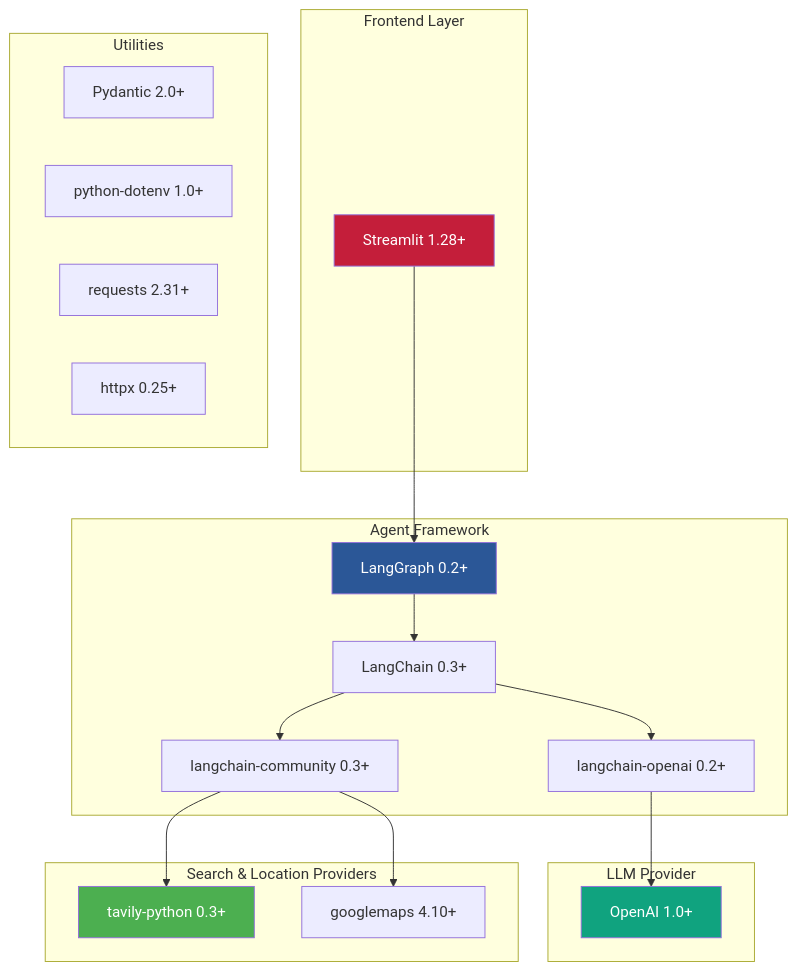
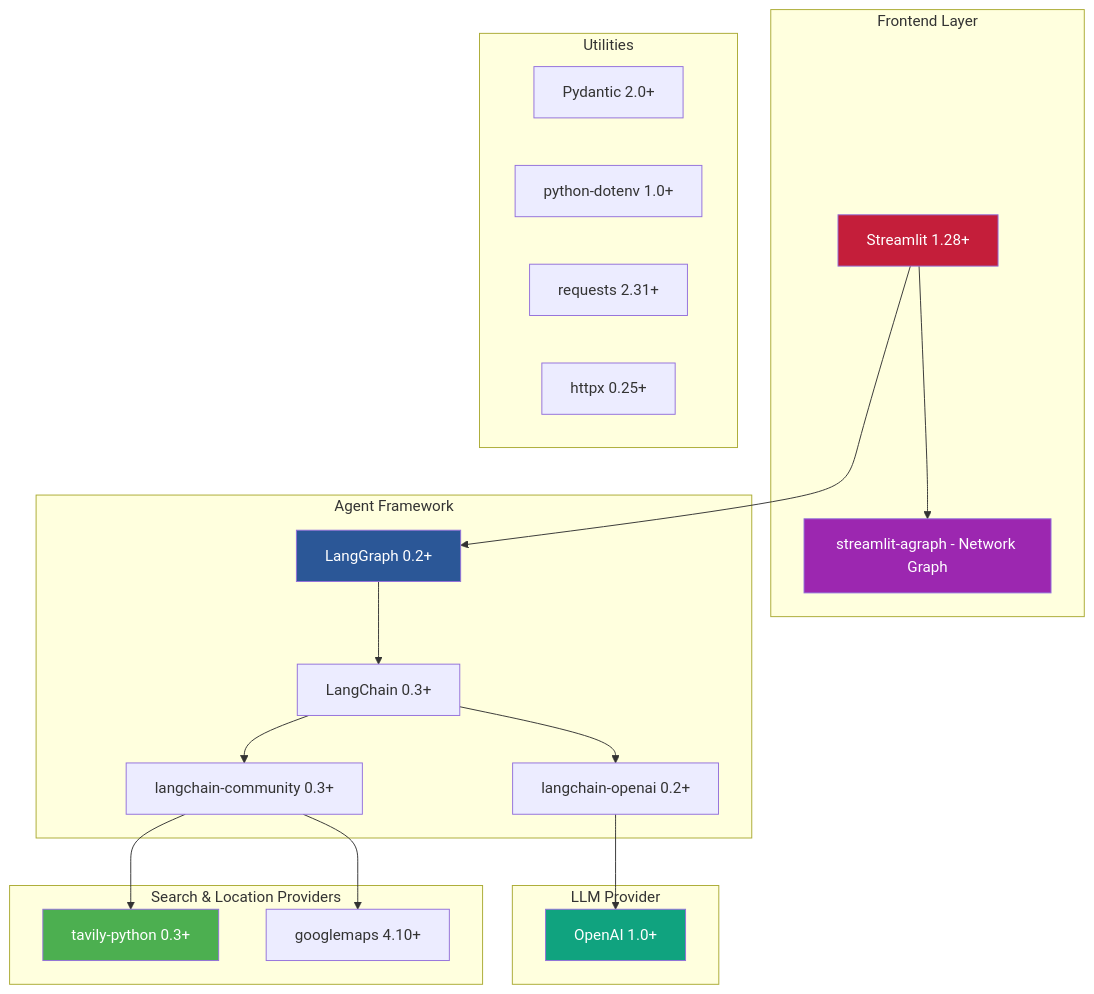
One commit to riko-py-mk/japan_sake_guide_app changed diagram 11 of 14 in SYSTEM_DIAGRAM.md. Above: the diagram before and after it, drawn with Mermaid. The commit also changed other lines of this file and 1 other file, not shown here.

First line of the commit message:
docs: update README and SYSTEM_DIAGRAM for Sake Network Graph feature

````diff
--- a/SYSTEM_DIAGRAM.md
+++ b/SYSTEM_DIAGRAM.md
@@ -430,40 +492,43 @@
 ```mermaid
 graph TB
     subgraph "Frontend Layer"
         ST[Streamlit 1.28+]
+        AGR[streamlit-agraph - Network Graph]
     end
 
     subgraph "Agent Framework"
         LG[LangGraph 0.2+]
         LC[LangChain 0.3+]
         LCO[langchain-openai 0.2+]
         LCC[langchain-community 0.3+]
     end
 
     subgraph "LLM Provider"
         OPENAI[OpenAI 1.0+]
     end
 
     subgraph "Search & Location Providers"
         TAV[tavily-python 0.3+]
         GMAP[googlemaps 4.10+]
     end
 
     subgraph "Utilities"
         PYD[Pydantic 2.0+]
         DOT[python-dotenv 1.0+]
         REQ[requests 2.31+]
         HTT[httpx 0.25+]
     end
 
     ST --> LG
+    ST --> AGR
     LG --> LC
     LC --> LCO & LCC
     LCO --> OPENAI
     LCC --> TAV & GMAP
 
     style ST fill:#c41e3a,color:#fff
+    style AGR fill:#9C27B0,color:#fff
     style LG fill:#2b5797,color:#fff
     style OPENAI fill:#10a37f,color:#fff
     style TAV fill:#4CAF50,color:#fff
 ```
````
